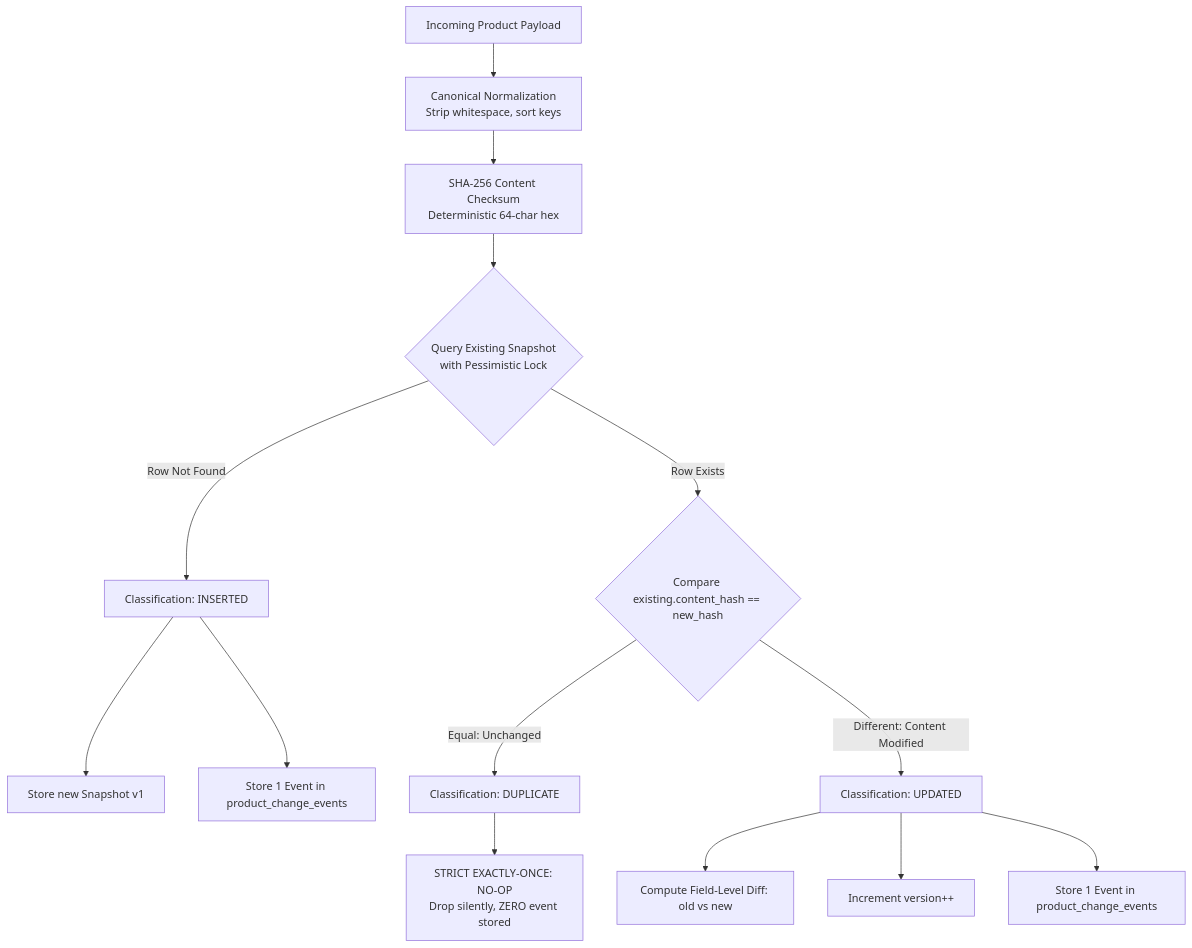
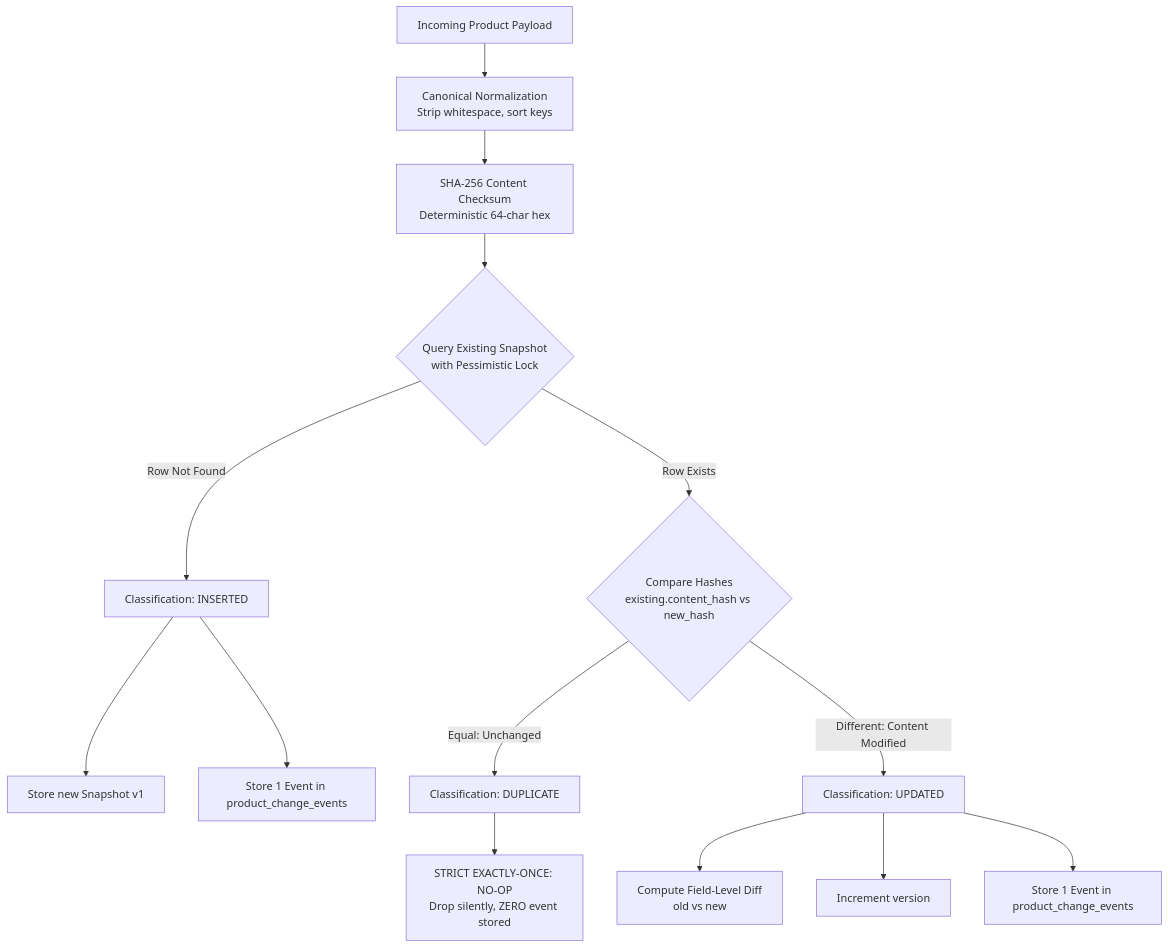
One commit to SwowS-bot/Change-Data-Management-Service-kSynerX changed the second of 2 diagrams in README.md. Above: the diagram before and after it, drawn with Mermaid. The commit also changed other lines of this file, not shown here.

Commit message:
docs: update Mermaid diagrams in README

````diff
--- a/README.md
+++ b/README.md
@@ -93,19 +100,19 @@
 ```mermaid
 flowchart TD
-    A[Incoming Product Payload] --> B[Canonical Normalization<br/>Strip whitespace, sort keys]
-    B --> C[SHA-256 Content Checksum<br/>Deterministic 64-char hex]
-    C --> D{Query Existing Snapshot<br/>with Pessimistic Lock}
+    A["Incoming Product Payload"] --> B["Canonical Normalization<br/>Strip whitespace, sort keys"]
+    B --> C["SHA-256 Content Checksum<br/>Deterministic 64-char hex"]
+    C --> D{"Query Existing Snapshot<br/>with Pessimistic Lock"}
 
-    D -->|Row Not Found| E[Classification: INSERTED]
-    E --> E1[Store new Snapshot v1]
-    E --> E2[Store 1 Event in product_change_events]
+    D -->|Row Not Found| E["Classification: INSERTED"]
+    E --> E1["Store new Snapshot v1"]
+    E --> E2["Store 1 Event in product_change_events"]
 
-    D -->|Row Exists| F{Compare existing.content_hash == new_hash}
-    F -->|Equal: Unchanged| G[Classification: DUPLICATE]
-    G --> G1[STRICT EXACTLY-ONCE: NO-OP<br/>Drop silently, ZERO event stored]
+    D -->|Row Exists| F{"Compare Hashes<br/>existing.content_hash vs new_hash"}
+    F -->|Equal: Unchanged| G["Classification: DUPLICATE"]
+    G --> G1["STRICT EXACTLY-ONCE: NO-OP<br/>Drop silently, ZERO event stored"]
 
-    F -->|Different: Content Modified| H[Classification: UPDATED]
-    H --> H1[Compute Field-Level Diff: old vs new]
-    H --> H2[Increment version++]
-    H --> H3[Store 1 Event in product_change_events]
+    F -->|Different: Content Modified| H["Classification: UPDATED"]
+    H --> H1["Compute Field-Level Diff<br/>old vs new"]
+    H --> H2["Increment version"]
+    H --> H3["Store 1 Event in product_change_events"]
 ```
````
